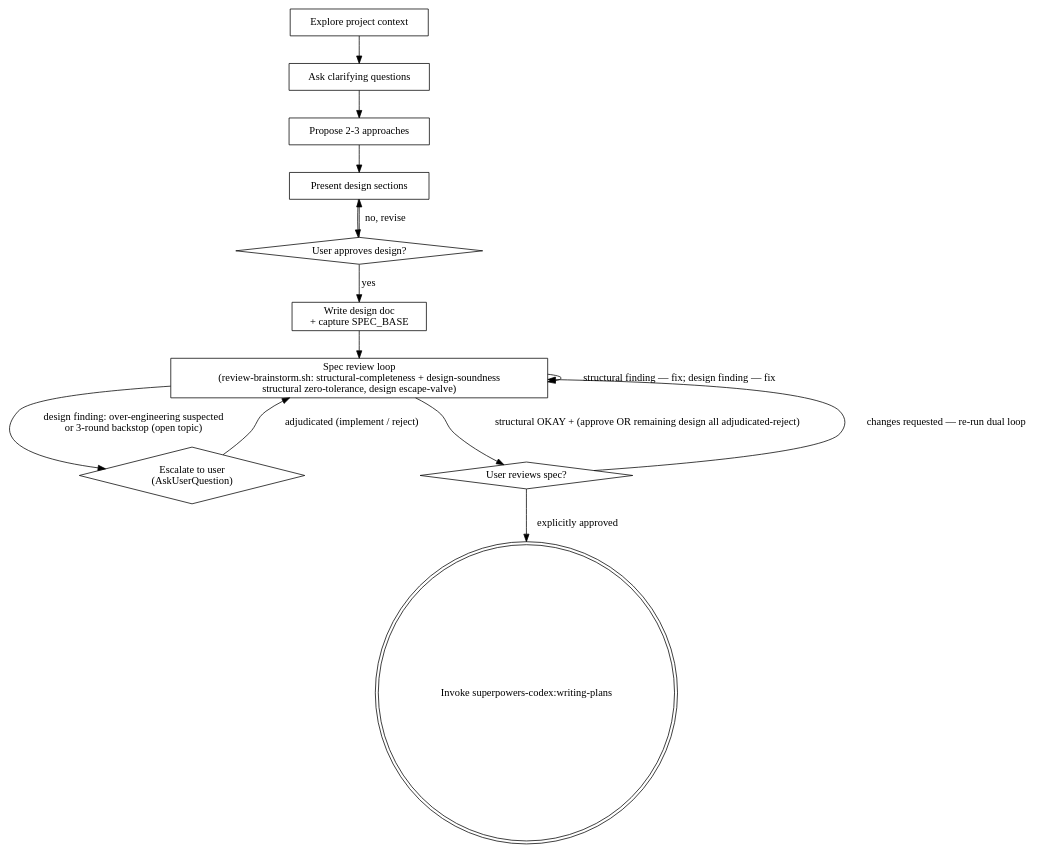
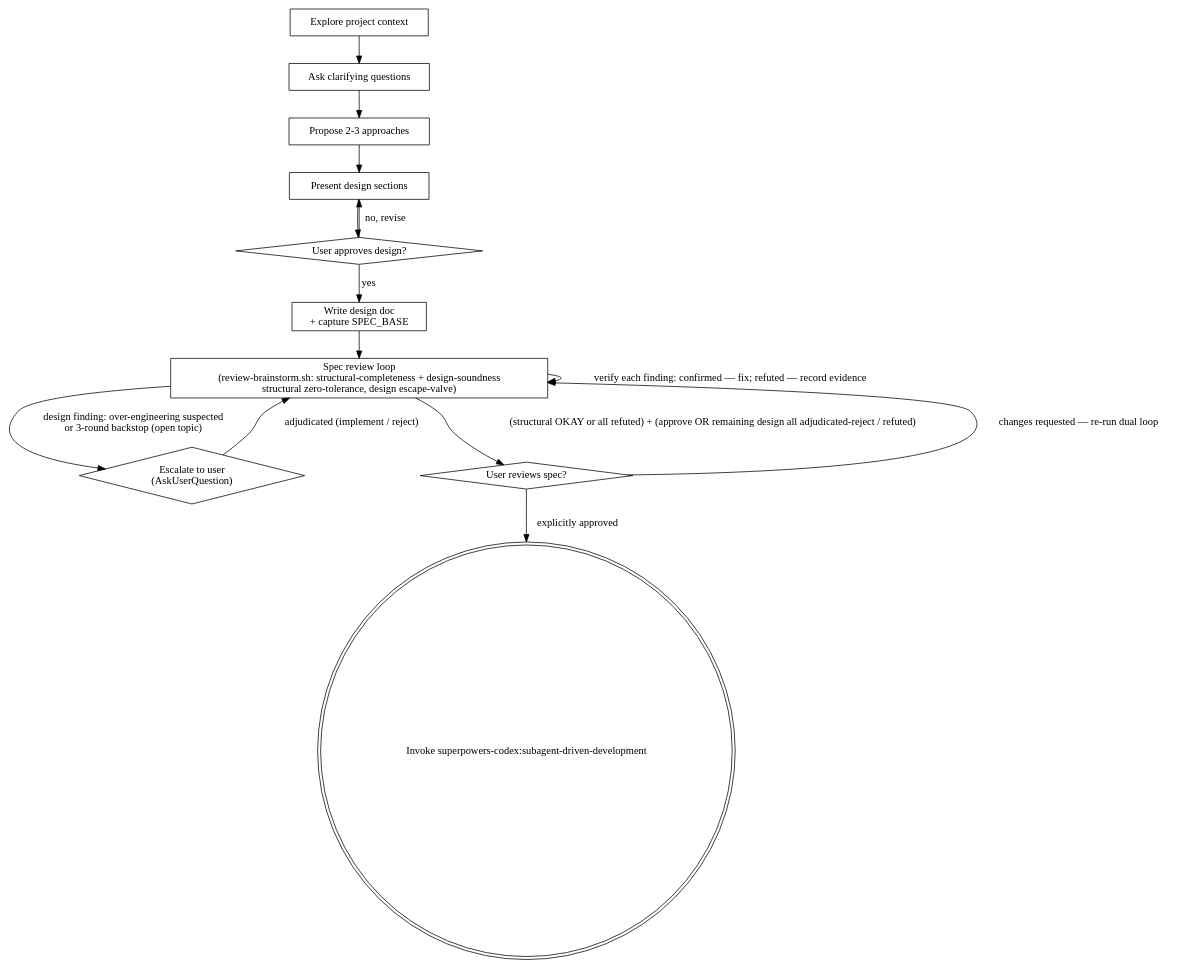
The diagram in skills/brainstorming/SKILL.md (stu43005/superpowers-codex), drawn with Graphviz before and after one commit. The commit also changed other lines of this file, not shown here.

First line of the commit message:
feat: hand brainstorming off to subagent-driven-development

````diff
--- a/skills/brainstorming/SKILL.md
+++ b/skills/brainstorming/SKILL.md
@@ -35,28 +35,28 @@
 ```dot
 digraph brainstorming {
     "Explore project context" [shape=box];
     "Ask clarifying questions" [shape=box];
     "Propose 2-3 approaches" [shape=box];
     "Present design sections" [shape=box];
     "User approves design?" [shape=diamond];
     "Write design doc\n+ capture SPEC_BASE" [shape=box];
     "Spec review loop\n(review-brainstorm.sh: structural-completeness + design-soundness\nstructural zero-tolerance, design escape-valve)" [shape=box];
     "Escalate to user\n(AskUserQuestion)" [shape=diamond];
     "User reviews spec?" [shape=diamond];
-    "Invoke superpowers-codex:writing-plans" [shape=doublecircle];
+    "Invoke superpowers-codex:subagent-driven-development" [shape=doublecircle];
 
     "Explore project context" -> "Ask clarifying questions";
     "Ask clarifying questions" -> "Propose 2-3 approaches";
     "Propose 2-3 approaches" -> "Present design sections";
     "Present design sections" -> "User approves design?";
     "User approves design?" -> "Present design sections" [label="no, revise"];
     "User approves design?" -> "Write design doc\n+ capture SPEC_BASE" [label="yes"];
     "Write design doc\n+ capture SPEC_BASE" -> "Spec review loop\n(review-brainstorm.sh: structural-completeness + design-soundness\nstructural zero-tolerance, design escape-valve)";
-    "Spec review loop\n(review-brainstorm.sh: structural-completeness + design-soundness\nstructural zero-tolerance, design escape-valve)" -> "Spec review loop\n(review-brainstorm.sh: structural-completeness + design-soundness\nstructural zero-tolerance, design escape-valve)" [label="structural finding — fix; design finding — fix"];
+    "Spec review loop\n(review-brainstorm.sh: structural-completeness + design-soundness\nstructural zero-tolerance, design escape-valve)" -> "Spec review loop\n(review-brainstorm.sh: structural-completeness + design-soundness\nstructural zero-tolerance, design escape-valve)" [label="verify each finding: confirmed — fix; refuted — record evidence"];
     "Spec review loop\n(review-brainstorm.sh: structural-completeness + design-soundness\nstructural zero-tolerance, design escape-valve)" -> "Escalate to user\n(AskUserQuestion)" [label="design finding: over-engineering suspected\nor 3-round backstop (open topic)"];
     "Escalate to user\n(AskUserQuestion)" -> "Spec review loop\n(review-brainstorm.sh: structural-completeness + design-soundness\nstructural zero-tolerance, design escape-valve)" [label="adjudicated (implement / reject)"];
-    "Spec review loop\n(review-brainstorm.sh: structural-completeness + design-soundness\nstructural zero-tolerance, design escape-valve)" -> "User reviews spec?" [label="structural OKAY + (approve OR remaining design all adjudicated-reject)"];
+    "Spec review loop\n(review-brainstorm.sh: structural-completeness + design-soundness\nstructural zero-tolerance, design escape-valve)" -> "User reviews spec?" [label="(structural OKAY or all refuted) + (approve OR remaining design all adjudicated-reject / refuted)"];
     "User reviews spec?" -> "Spec review loop\n(review-brainstorm.sh: structural-completeness + design-soundness\nstructural zero-tolerance, design escape-valve)" [label="changes requested — re-run dual loop"];
-    "User reviews spec?" -> "Invoke superpowers-codex:writing-plans" [label="explicitly approved"];
+    "User reviews spec?" -> "Invoke superpowers-codex:subagent-driven-development" [label="explicitly approved"];
 }
 ```
````
